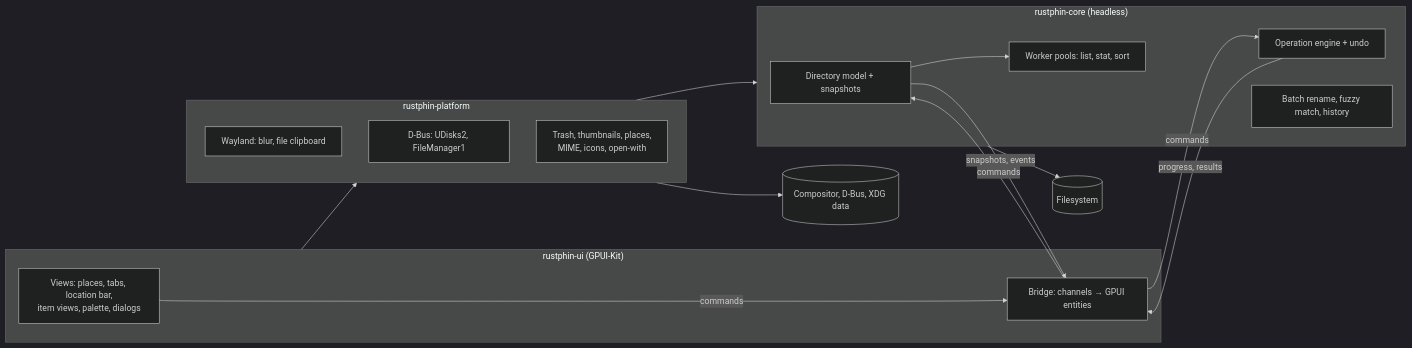
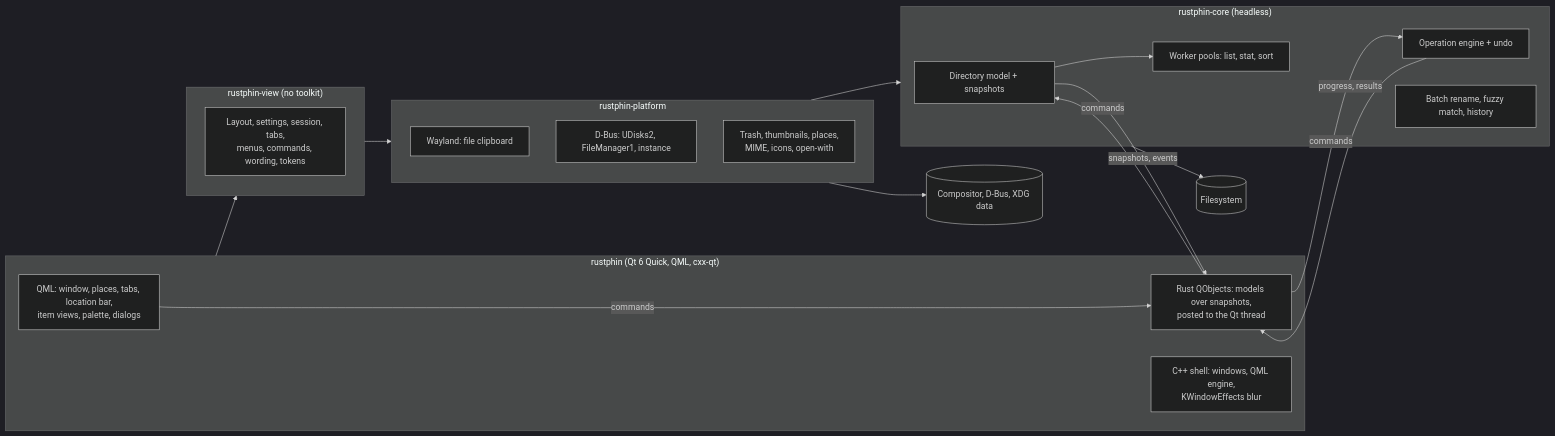
One commit to PerkyZZ999/Rustphin changed the diagram in docs/project/ARCHITECTURE.md. Above: the diagram before and after it, drawn with Mermaid (dark theme). The commit also changed other lines of this file and 246 other files, not shown here.

````diff
--- a/docs/project/ARCHITECTURE.md
+++ b/docs/project/ARCHITECTURE.md
@@ -9,28 +9,33 @@
 ```mermaid
 flowchart LR
-    subgraph ui["rustphin-ui (GPUI-Kit)"]
-        views["Views: places, tabs, location bar,<br/>item views, palette, dialogs"]
-        bridge["Bridge: channels → GPUI entities"]
+    subgraph ui["rustphin (Qt 6 Quick, QML, cxx-qt)"]
+        views["QML: window, places, tabs, location bar,<br/>item views, palette, dialogs"]
+        bridge["Rust QObjects: models over snapshots,<br/>posted to the Qt thread"]
+        shell["C++ shell: windows, QML engine,<br/>KWindowEffects blur"]
+    end
+    subgraph view["rustphin-view (no toolkit)"]
+        vlogic["Layout, settings, session, tabs,<br/>menus, commands, wording, tokens"]
     end
     subgraph platform["rustphin-platform"]
-        wl["Wayland: blur, file clipboard"]
-        dbus["D-Bus: UDisks2, FileManager1"]
+        wl["Wayland: file clipboard"]
+        dbus["D-Bus: UDisks2, FileManager1, instance"]
         desk["Trash, thumbnails, places,<br/>MIME, icons, open-with"]
     end
     subgraph core["rustphin-core (headless)"]
         model["Directory model + snapshots"]
         workers["Worker pools: list, stat, sort"]
         ops["Operation engine + undo"]
         logic["Batch rename, fuzzy match, history"]
     end
     views -- commands --> bridge
     bridge -- commands --> model
     bridge -- commands --> ops
     model -- snapshots, events --> bridge
     ops -- progress, results --> bridge
     model --> workers
-    ui --> platform
+    ui --> view
+    view --> platform
     platform --> core
     core --> fs[("Filesystem")]
     platform --> sys[("Compositor, D-Bus, XDG data")]
 ```
````
